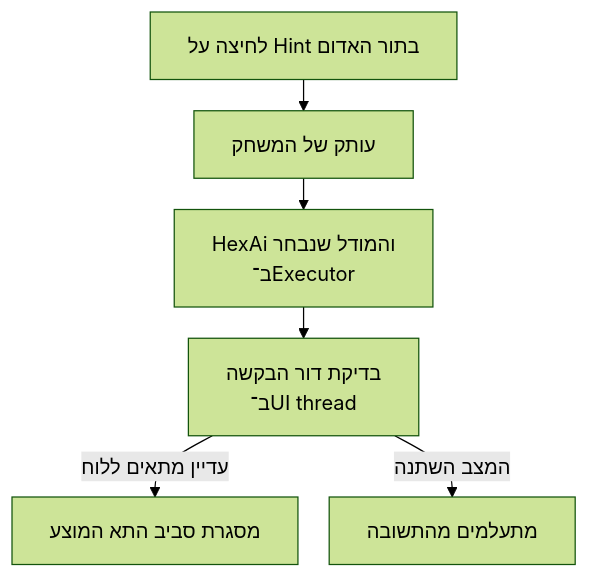
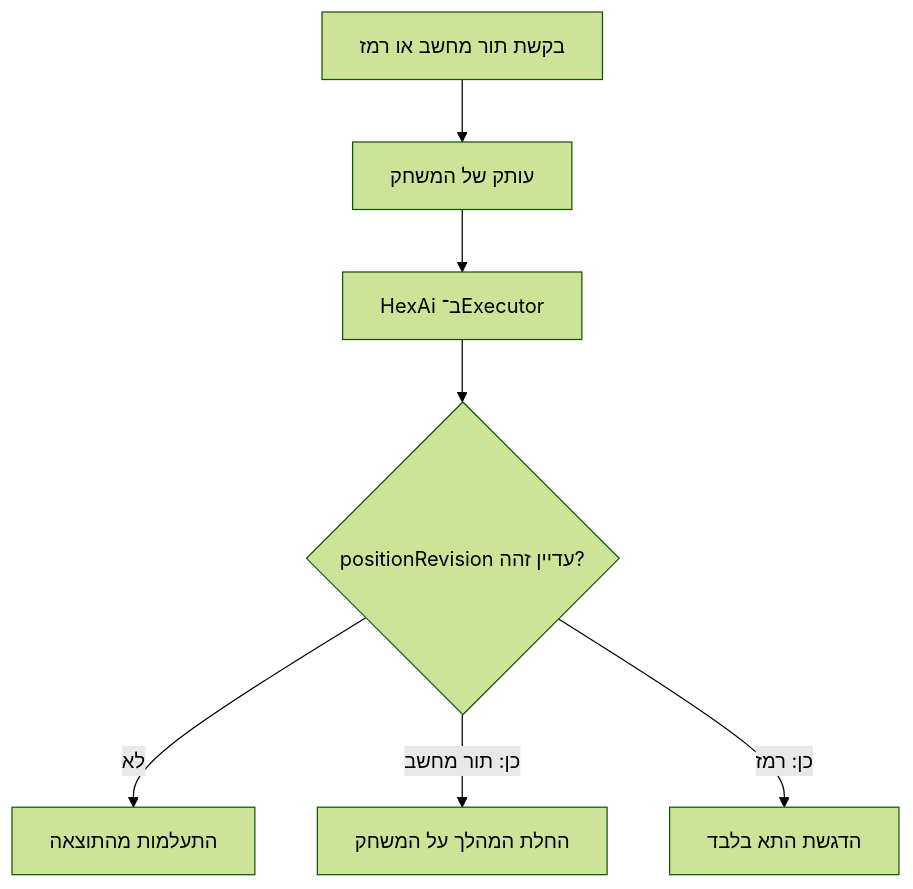
The diagram in android/hex5/08-hint.md (3strategy/BeautifulMivney), drawn with Mermaid (forest theme) before and after one commit. The commit also changed other lines of this file and 10 other files, not shown here.

````diff
--- a/android/hex5/08-hint.md
+++ b/android/hex5/08-hint.md
@@ -25,10 +24,10 @@
-```mermaid
-%%{init: {'flowchart': {'rankSpacing': 25, 'nodeSpacing': 25}}}%%
+~~~mermaid
 %% dir: rtl %%
 flowchart TB
-    button["לחיצה על Hint בתור האדום"] --> copy["עותק של המשחק"]
-    copy --> worker["HexAi והמודל שנבחר<br/>ב־Executor"]
-    worker --> check["בדיקת דור הבקשה<br/>ב־UI thread"]
-    check -->|"עדיין מתאים ללוח"| outline["מסגרת סביב התא המוצע"]
-    check -->|"המצב השתנה"| discard["מתעלמים מהתשובה"]
-```
+    request["בקשת תור מחשב או רמז"] --> copy["עותק של המשחק"]
+    copy --> ai["HexAi ב־Executor"]
+    ai --> check{"positionRevision עדיין זהה?"}
+    check -->|"לא"| discard["התעלמות מהתוצאה"]
+    check -->|"כן: תור מחשב"| play["החלת המהלך על המשחק"]
+    check -->|"כן: רמז"| show["הדגשת התא בלבד"]
+~~~
````
